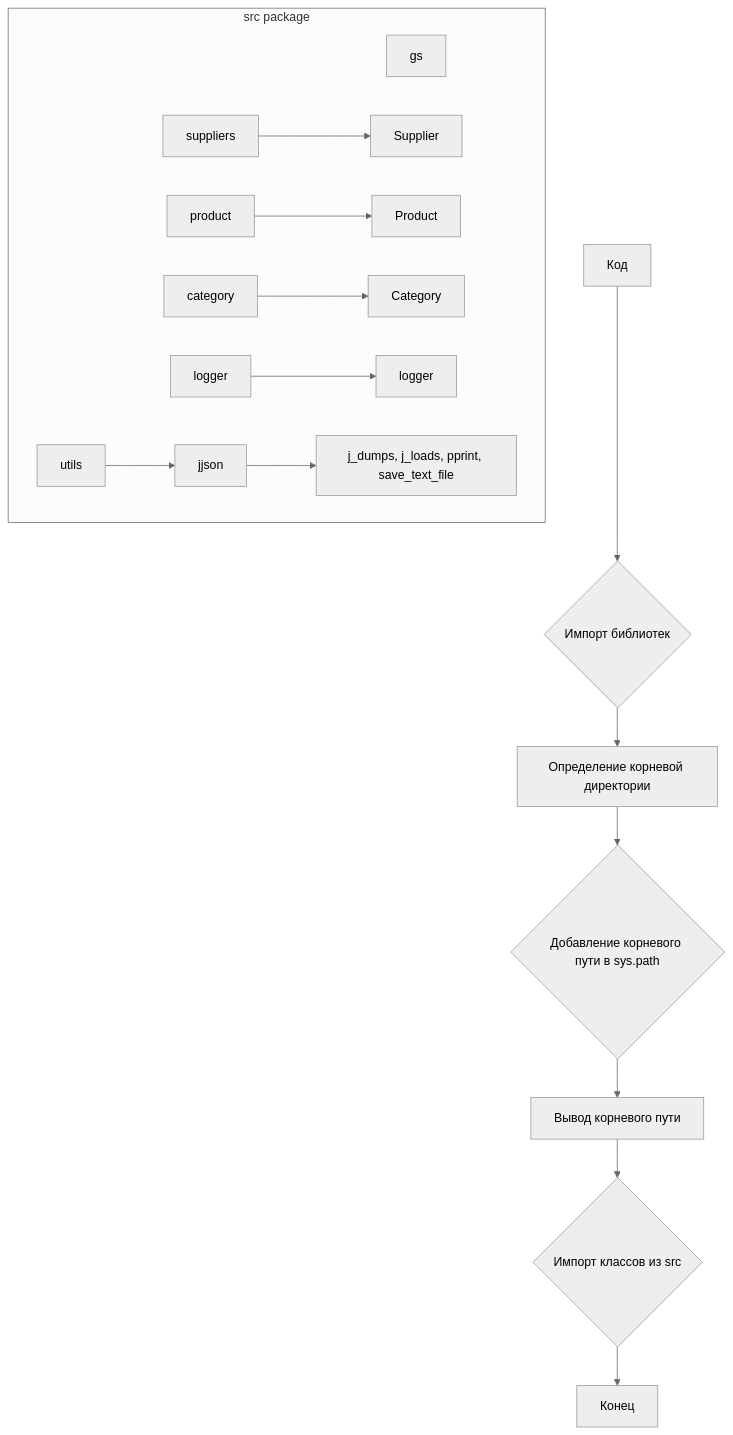
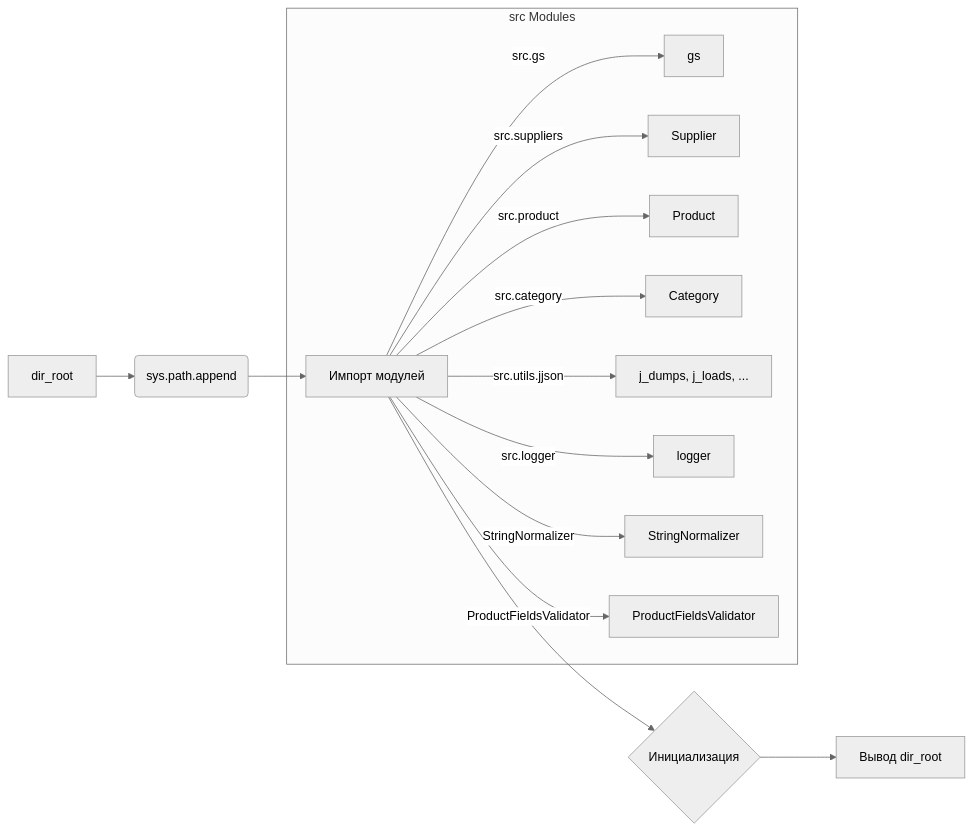
Before and after one commit to hypo69/hypo: the diagram in docs/gemini/ru/explainer/src/endpoints/prestashop/_examples/header.md, drawn with Mermaid (neutral theme). The commit also changed other lines of this file and 468 other files, not shown here.

````diff
--- a/docs/gemini/ru/explainer/src/endpoints/prestashop/_examples/header.md
+++ b/docs/gemini/ru/explainer/src/endpoints/prestashop/_examples/header.md
@@ -91,24 +88,18 @@
 ```mermaid
-graph TD
-    A[Код] --> B{Импорт библиотек};
-    B --> C[Определение корневой директории];
-    C --> D{Добавление корневого пути в sys.path};
-    D --> E[Вывод корневого пути];
-    E --> F{Импорт классов из src};
-    F --> G[Конец];
+graph LR
+    A[dir_root] --> B(sys.path.append);
+    B --> C[Импорт модулей];
+    C --> D{Инициализация};
+    D --> E[Вывод dir_root];
     
-    subgraph "src package"
-        H[gs];
-        I[suppliers];
-        J[product];
-        K[category];
-        L[utils];
-        M[logger];
-        I --> N[Supplier];
-        J --> O[Product];
-        K --> P[Category];
-        L --> Q[jjson];
-        M --> R[logger];
-        Q --> S[j_dumps, j_loads, pprint, save_text_file];
+    subgraph "src Modules"
+        C -- src.gs --> F[gs];
+        C -- src.suppliers --> G[Supplier];
+        C -- src.product --> H[Product];
+        C -- src.category --> I[Category];
+        C -- src.utils.jjson --> J[j_dumps, j_loads, ...];
+        C -- src.logger --> K[logger];
+        C -- StringNormalizer --> L[StringNormalizer];
+        C -- ProductFieldsValidator --> M[ProductFieldsValidator];
     end
 ```
````
